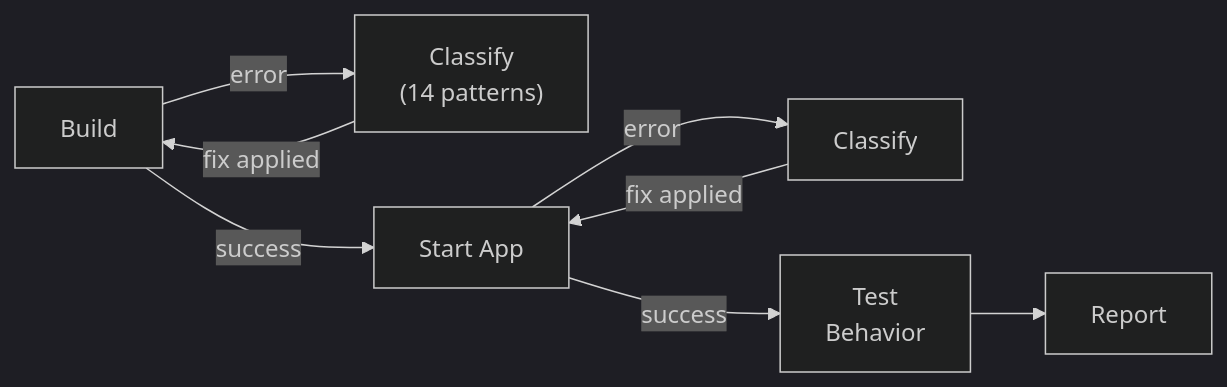
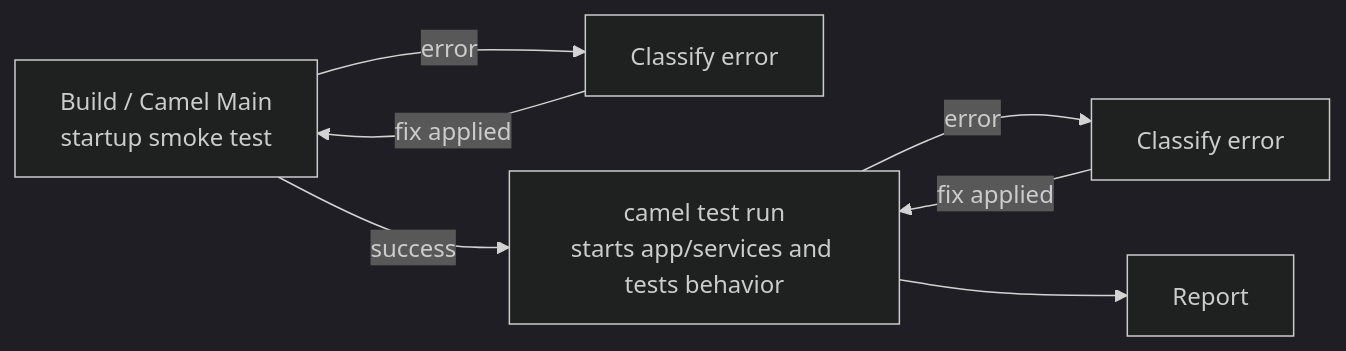
Before and after one commit to luigidemasi/camel-kit: the second of 3 diagrams in docs/user-guide.md, drawn with Mermaid (dark theme). The commit also changed other lines of this file and 213 other files, not shown here.

````diff
--- a/docs/user-guide.md
+++ b/docs/user-guide.md
@@ -103,10 +103,9 @@
 ```mermaid
 flowchart LR
-    B["Build"] -->|"error"| C["Classify\n(14 patterns)"]
+    B["Build / Camel Main\nstartup smoke test"] -->|"error"| C["Classify error"]
     C -->|"fix applied"| B
-    B -->|"success"| S["Start App"]
-    S -->|"error"| C2["Classify"]
-    C2 -->|"fix applied"| S
-    S -->|"success"| T["Test\nBehavior"]
+    B -->|"success"| T["camel test run\nstarts app/services and tests behavior"]
+    T -->|"error"| C2["Classify error"]
+    C2 -->|"fix applied"| T
     T --> R["Report"]
 ```
````
